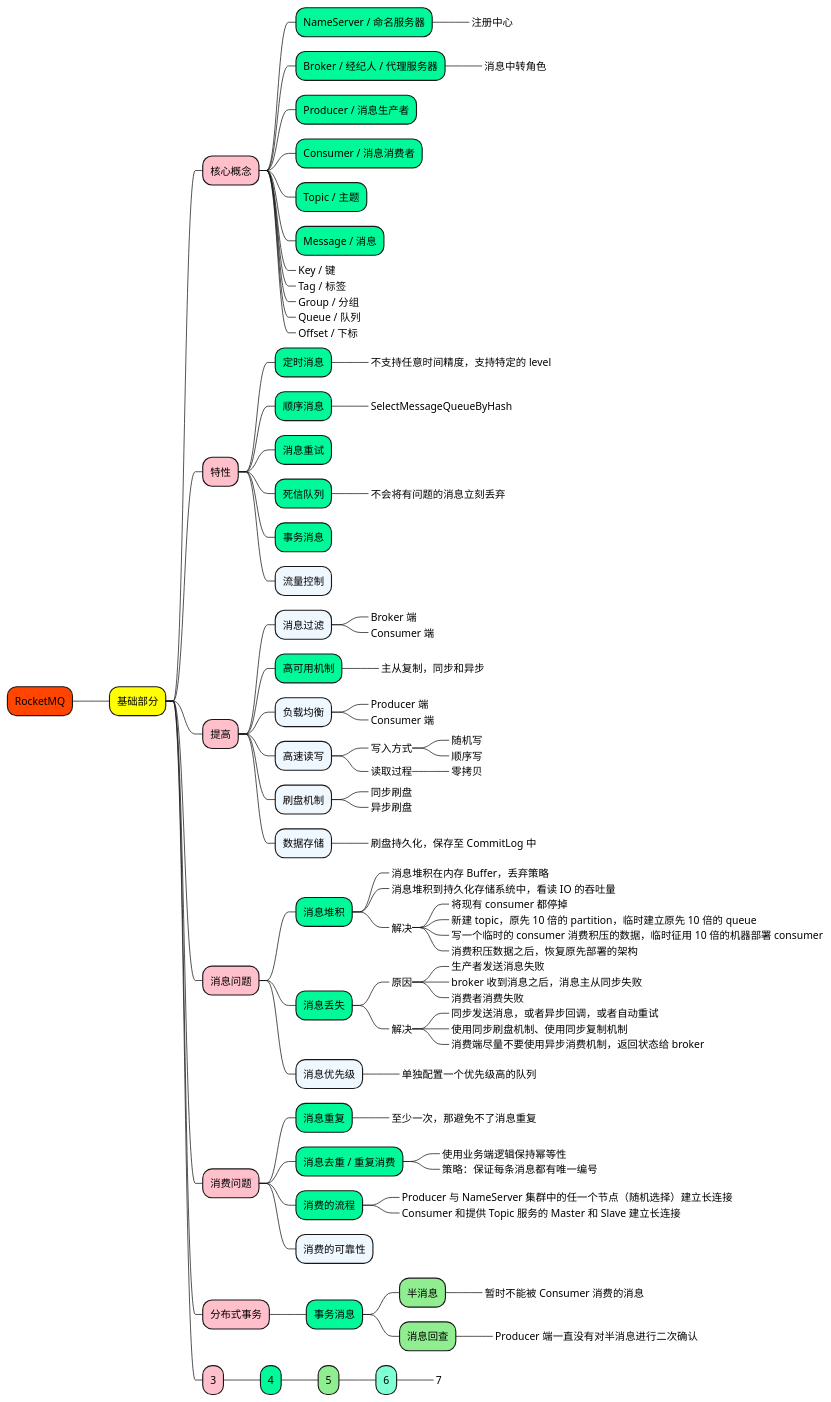
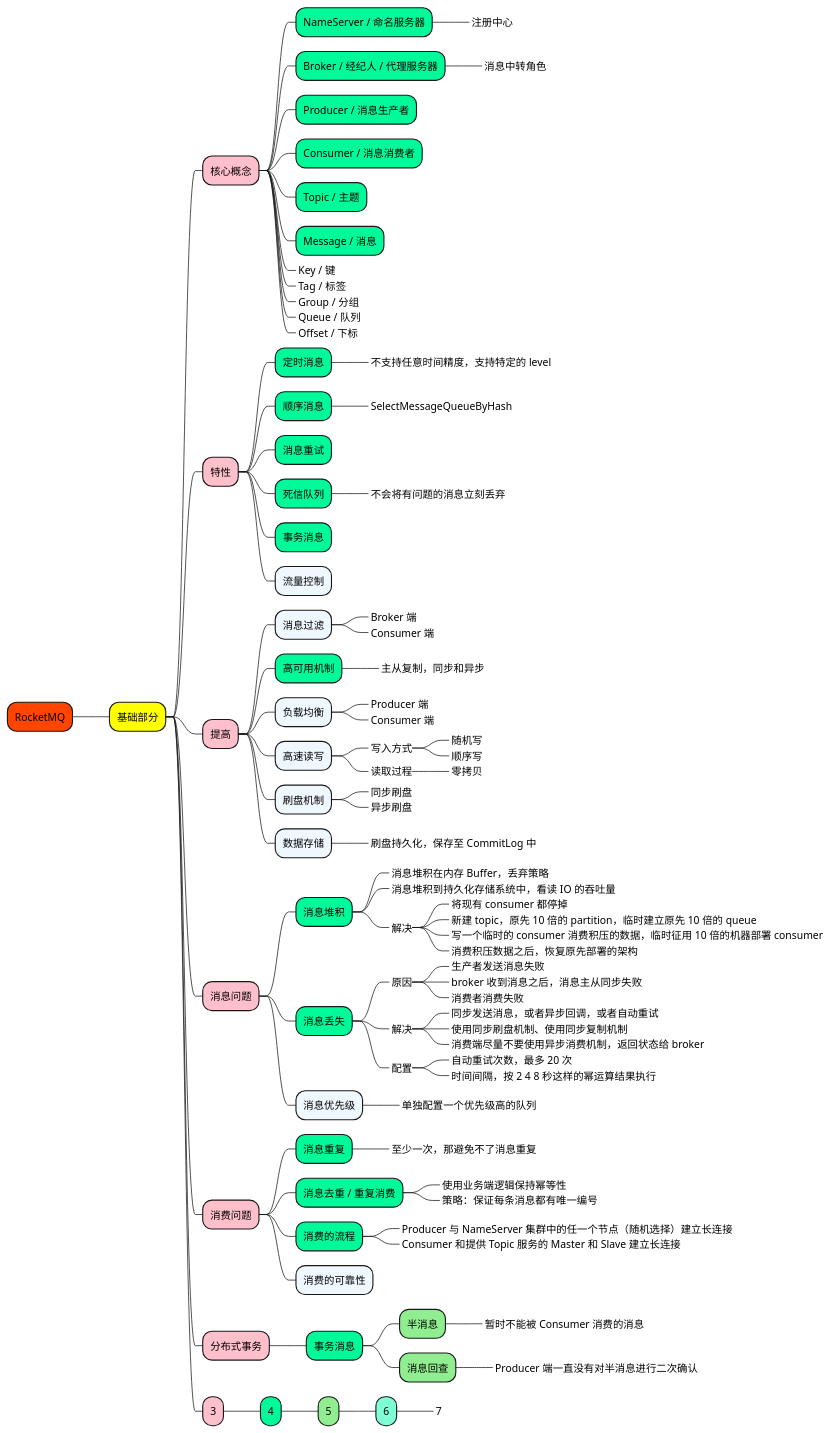
One commit to doveg/self-cultivation-of-a-software-engineer changed the diagram in 1_map/3-middleware/RocketMQ.puml. Above: the diagram before and after it, drawn with PlantUML. The commit also changed 16 other files, not shown here.

```diff
--- a/1_map/3-middleware/RocketMQ.puml
+++ b/1_map/3-middleware/RocketMQ.puml
@@ -1,116 +1,119 @@
 @startmindmap
 
 +[#OrangeRed] RocketMQ
 
 ++[#yellow] 基础部分
 
 +++[#Pink] 核心概念
 ++++[#MediumSpringGreen] NameServer / 命名服务器
 +++++[#GhostWhite]_ 注册中心
 ++++[#MediumSpringGreen] Broker / 经纪人 / 代理服务器
 +++++[#GhostWhite]_ 消息中转角色
 ++++[#MediumSpringGreen] Producer / 消息生产者
 ++++[#MediumSpringGreen] Consumer / 消息消费者
 ++++[#MediumSpringGreen] Topic / 主题
 ++++[#MediumSpringGreen] Message / 消息
 ++++[#AliceBlue]_ Key / 键
 ++++[#AliceBlue]_ Tag / 标签
 ++++[#AliceBlue]_ Group / 分组
 ++++[#AliceBlue]_ Queue / 队列
 ++++[#AliceBlue]_ Offset / 下标
 
 
 +++[#Pink] 特性
 ++++[#MediumSpringGreen] 定时消息
 +++++[#GhostWhite]_ 不支持任意时间精度，支持特定的 level
 ++++[#MediumSpringGreen] 顺序消息
 +++++[#GhostWhite]_ SelectMessageQueueByHash
 ++++[#MediumSpringGreen] 消息重试
 ++++[#MediumSpringGreen] 死信队列
 +++++[#GhostWhite]_ 不会将有问题的消息立刻丢弃
 ++++[#MediumSpringGreen] 事务消息
 ++++[#AliceBlue] 流量控制
 
 
 +++[#Pink] 提高
 
 ++++[#AliceBlue] 消息过滤
 +++++[#GhostWhite]_ Broker 端
 +++++[#GhostWhite]_ Consumer 端
 ++++[#MediumSpringGreen] 高可用机制
 +++++[#GhostWhite]_ 主从复制，同步和异步
 ++++[#AliceBlue] 负载均衡
 +++++[#GhostWhite]_ Producer 端
 +++++[#GhostWhite]_ Consumer 端
 ++++[#AliceBlue] 高速读写
 +++++[#GhostWhite]_ 写入方式
 ++++++[#LightBlue]_ 随机写
 ++++++[#LightBlue]_ 顺序写
 +++++[#GhostWhite]_ 读取过程
 ++++++[#LightBlue]_ 零拷贝
 ++++[#AliceBlue] 刷盘机制
 +++++[#GhostWhite]_ 同步刷盘
 +++++[#GhostWhite]_ 异步刷盘
 ++++[#AliceBlue] 数据存储
 +++++[#GhostWhite]_ 刷盘持久化，保存至 CommitLog 中
 
 
 +++[#Pink] 消息问题
 
 ++++[#MediumSpringGreen] 消息堆积
 +++++[#GhostWhite]_ 消息堆积在内存 Buffer，丢弃策略
 +++++[#GhostWhite]_ 消息堆积到持久化存储系统中，看读 IO 的吞吐量
 +++++[#GhostWhite]_ 解决
 ++++++[#Aquamarine]_ 将现有 consumer 都停掉
 ++++++[#Aquamarine]_ 新建 topic，原先 10 倍的 partition，临时建立原先 10 倍的 queue
 ++++++[#Aquamarine]_ 写一个临时的 consumer 消费积压的数据，临时征用 10 倍的机器部署 consumer
 ++++++[#Aquamarine]_ 消费积压数据之后，恢复原先部署的架构
 
 ++++[#MediumSpringGreen] 消息丢失
 +++++[#GhostWhite]_ 原因
 ++++++[#Aquamarine]_ 生产者发送消息失败
 ++++++[#Aquamarine]_ broker 收到消息之后，消息主从同步失败
 ++++++[#Aquamarine]_ 消费者消费失败
 +++++[#GhostWhite]_ 解决
 ++++++[#Aquamarine]_ 同步发送消息，或者异步回调，或者自动重试
 ++++++[#Aquamarine]_ 使用同步刷盘机制、使用同步复制机制
 ++++++[#Aquamarine]_ 消费端尽量不要使用异步消费机制，返回状态给 broker
++++++[#GhostWhite]_ 配置
+++++++[#Aquamarine]_ 自动重试次数，最多 20 次
+++++++[#Aquamarine]_ 时间间隔，按 2 4 8 秒这样的幂运算结果执行
 
 ++++[#AliceBlue] 消息优先级
 +++++[#GhostWhite]_ 单独配置一个优先级高的队列
 
 +++[#Pink] 消费问题
 
 ++++[#MediumSpringGreen] 消息重复
 +++++[#GhostWhite]_ 至少一次，那避免不了消息重复
 
 ++++[#MediumSpringGreen] 消息去重 / 重复消费
 +++++[#GhostWhite]_ 使用业务端逻辑保持幂等性
 +++++[#GhostWhite]_ 策略：保证每条消息都有唯一编号
 
 ++++[#MediumSpringGreen] 消费的流程
 +++++[#GhostWhite]_ Producer 与 NameServer 集群中的任一个节点（随机选择）建立长连接
 +++++[#GhostWhite]_ Consumer 和提供 Topic 服务的 Master 和 Slave 建立长连接
 ++++[#AliceBlue] 消费的可靠性
 
 +++[#Pink] 分布式事务
 
 ++++[#MediumSpringGreen] 事务消息
 +++++[#LightGreen] 半消息
 ++++++[#Aquamarine]_ 暂时不能被 Consumer 消费的消息
 +++++[#LightGreen] 消息回查
 ++++++[#Aquamarine]_ Producer 端一直没有对半消息进行二次确认
 
 
 
 +++[#Pink] 3
 
 ++++[#MediumSpringGreen] 4
 +++++[#LightGreen] 5
 ++++++[#Aquamarine] 6
 +++++++[#Aquamarine]_ 7
 
 
 
 
 @endmindmap
```
